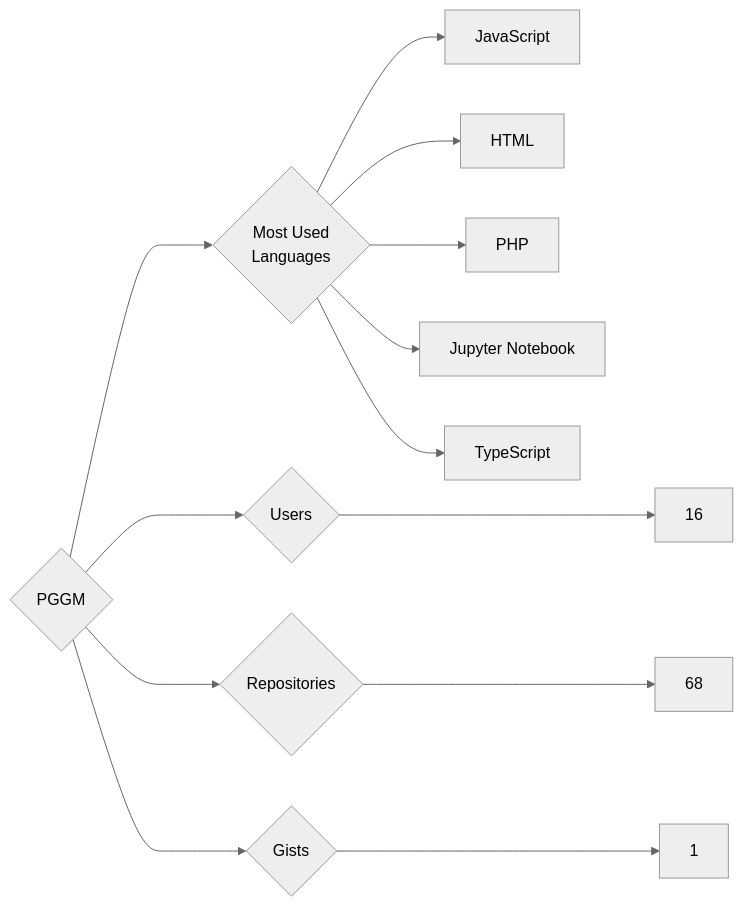
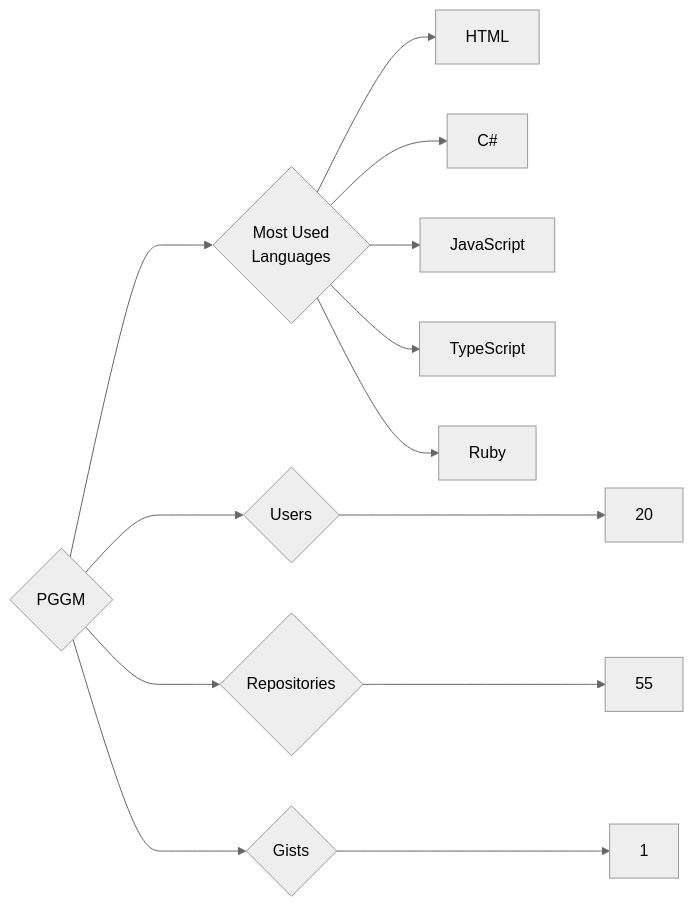
Before and after one commit to trickest/insiders: the diagram in targets/PGGM/README.md, drawn with Mermaid (neutral theme). The commit also changed 725 other files, not shown here.

````diff
--- a/targets/PGGM/README.md
+++ b/targets/PGGM/README.md
@@ -3,13 +3,13 @@
 ```mermaid
 graph LR
 COMPANY_NAME{PGGM}
-COMPANY_NAME ---> U{Users} ---> UN[16]
-COMPANY_NAME ---> R{Repositories} ---> RN[68]
+COMPANY_NAME ---> U{Users} ---> UN[20]
+COMPANY_NAME ---> R{Repositories} ---> RN[55]
 COMPANY_NAME ---> G{Gists} ---> GN[1]
 COMPANY_NAME ---> ML{Most Used<br>Languages}
+ML --> HTML[HTML]
+ML --> C#[C#]
 ML --> JavaScript[JavaScript]
-ML --> HTML[HTML]
-ML --> PHP[PHP]
-ML --> Jupyter_Notebook[Jupyter Notebook]
 ML --> TypeScript[TypeScript]
+ML --> Ruby[Ruby]
 ```
````
